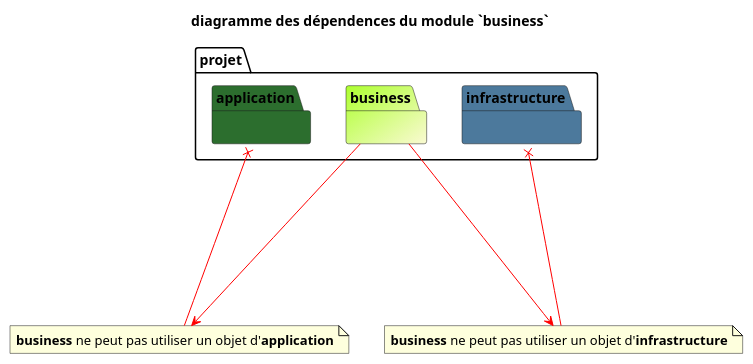
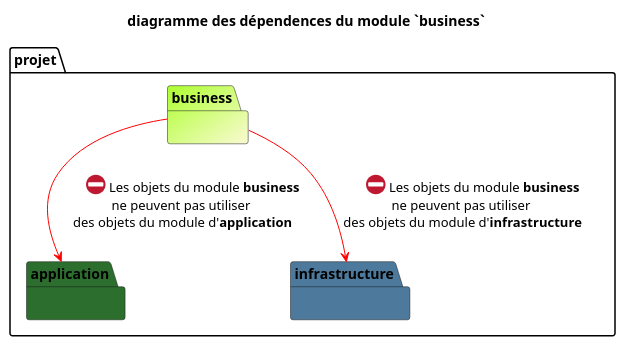
Before and after one commit to stef38-code/structureProjet: the diagram in images/business/dia_dep_business.puml, drawn with PlantUML. The commit also changed 10 other files, not shown here.

```diff
--- a/images/business/dia_dep_business.puml
+++ b/images/business/dia_dep_business.puml
@@ -1,24 +1,20 @@
 @startuml
 title diagramme des dépendences du module `business`
 package projet{
 package projet.business #GreenYellow/LightGoldenRodYellow {
 
 }
 package projet.application #2C6E2E {
 
 }
 package projet.infrastructure #4C799C {
 
 }
 }
 
-note "<b>business</b> ne peut pas utiliser un objet d'<b>application</b>" as N1
-note "<b>business</b> ne peut pas utiliser un objet d'<b>infrastructure</b>"  as N2
 
-projet.business --[#red]--> N2
-projet.infrastructure x-[#red]- N2
 
-projet.business --[#red]--> N1
-projet.application x-[#red]- N1
+business =[#red]=> infrastructure : \t<:26d4:> Les objets du module <b>business</b>  \nne peuvent pas utiliser \ndes objets du module d'<b>infrastructure</b>
+business =[#red]=> application : \t<:26d4:> Les objets du module <b>business</b>  \nne peuvent pas utiliser \ndes objets du module d'<b>application</b>
 
 @enduml
```
